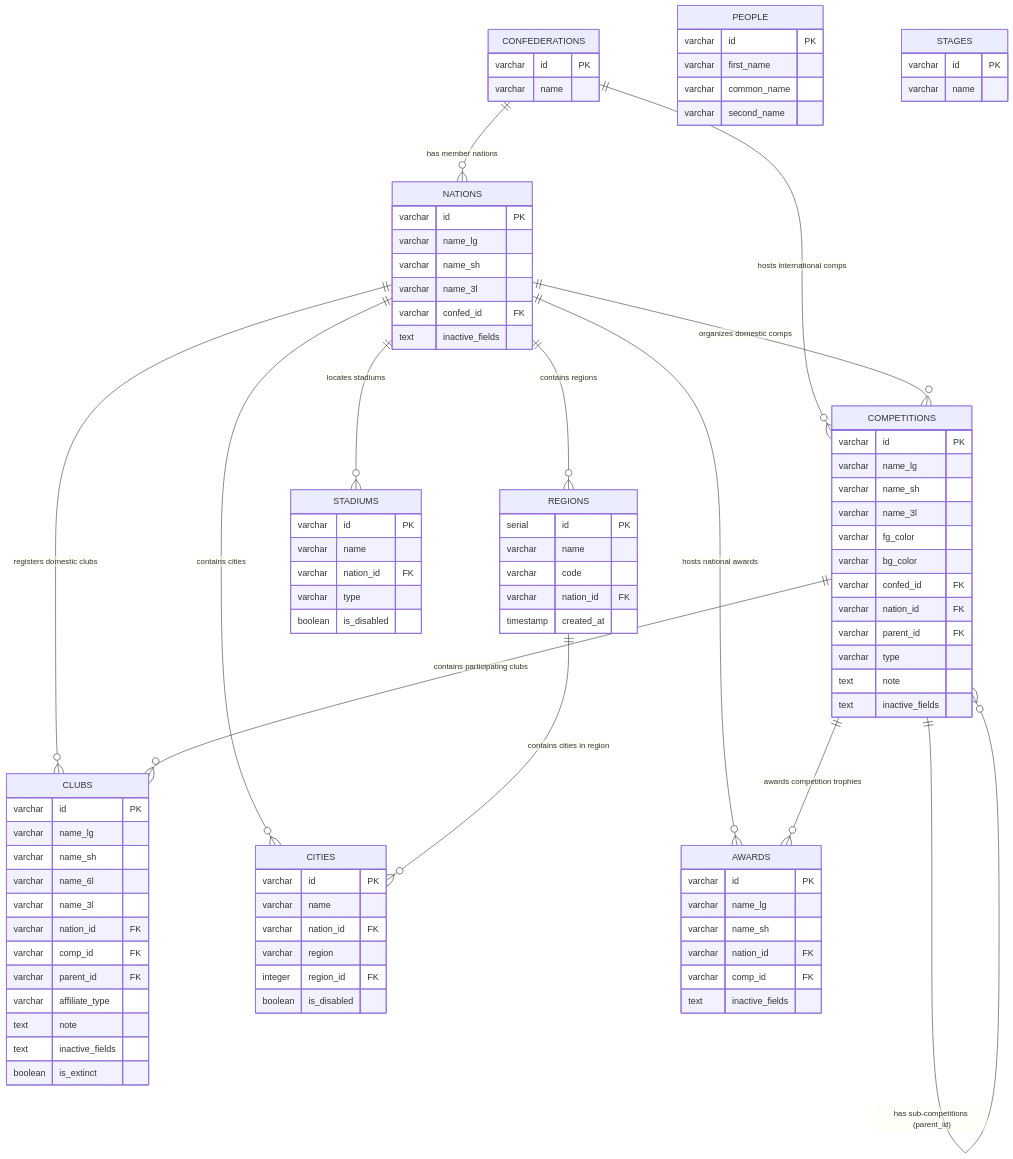
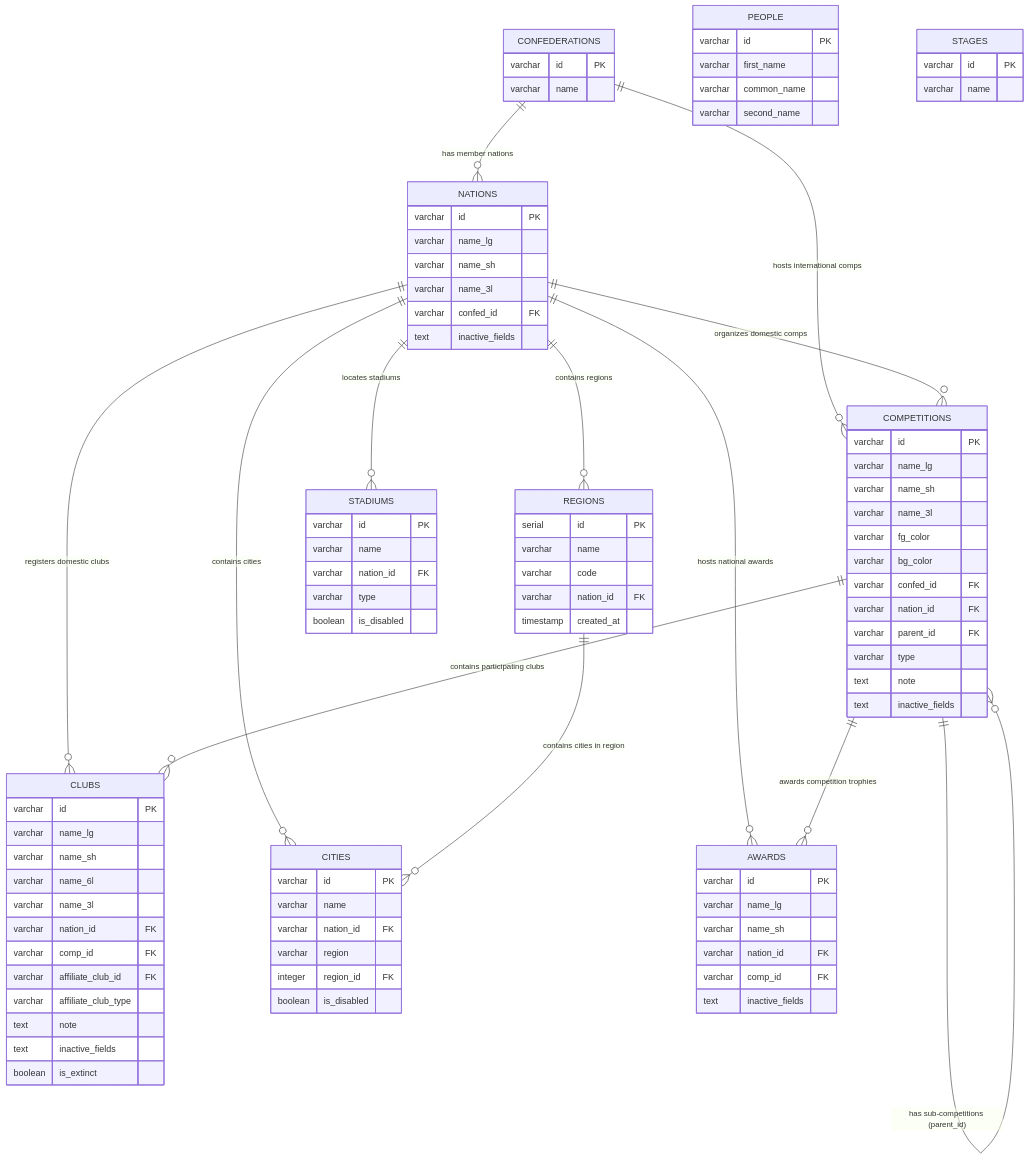
One commit to ddthumonky88/fm-lnc changed the diagram in README.md. Above: the diagram before and after it, drawn with Mermaid. The commit also changed other lines of this file and 10 other files, not shown here.

```diff
--- a/README.md
+++ b/README.md
@@ -313,8 +313,8 @@
         varchar name_3l
         varchar nation_id FK
         varchar comp_id FK
-        varchar parent_id FK
-        varchar affiliate_type
+        varchar affiliate_club_id FK
+        varchar affiliate_club_type
         text note
         text inactive_fields
         boolean is_extinct
```
